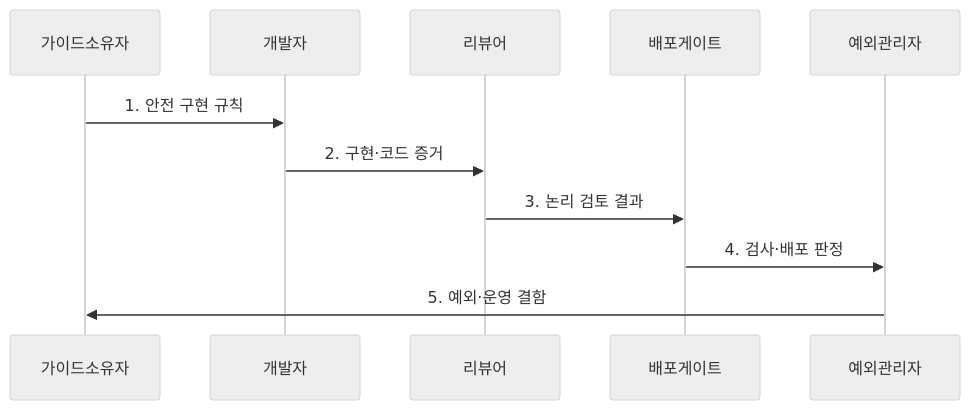
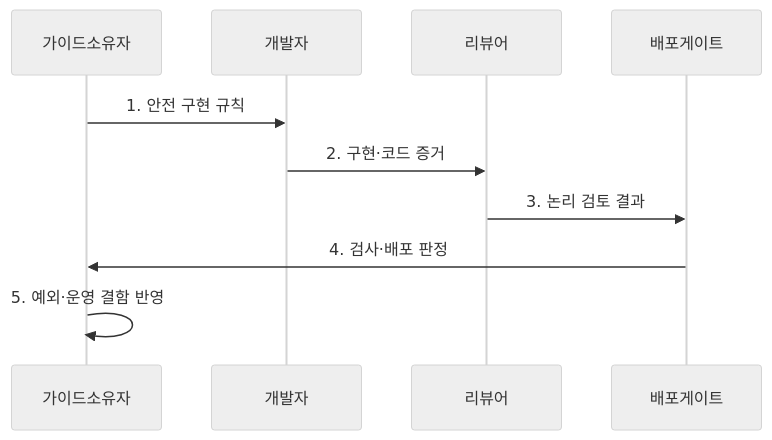
The second of 2 diagrams in src/content/docs/notes/05-security/051_secure_coding.md (agnusdei1207/knowledge-base), drawn with Mermaid (neutral theme) before and after one commit. The commit also changed other lines of this file and 8 other files, not shown here.

Commit message:
Consolidate access control sequence roles

````diff
--- a/src/content/docs/notes/05-security/051_secure_coding.md
+++ b/src/content/docs/notes/05-security/051_secure_coding.md
@@ -97,13 +97,12 @@
 ```mermaid
 sequenceDiagram
     participant 가이드소유자
     participant 개발자
     participant 리뷰어
     participant 배포게이트
-    participant 예외관리자
     가이드소유자->>개발자: 1. 안전 구현 규칙
     개발자->>리뷰어: 2. 구현·코드 증거
     리뷰어->>배포게이트: 3. 논리 검토 결과
-    배포게이트->>예외관리자: 4. 검사·배포 판정
-    예외관리자->>가이드소유자: 5. 예외·운영 결함
+    배포게이트->>가이드소유자: 4. 검사·배포 판정
+    가이드소유자->>가이드소유자: 5. 예외·운영 결함 반영
 ```
````
